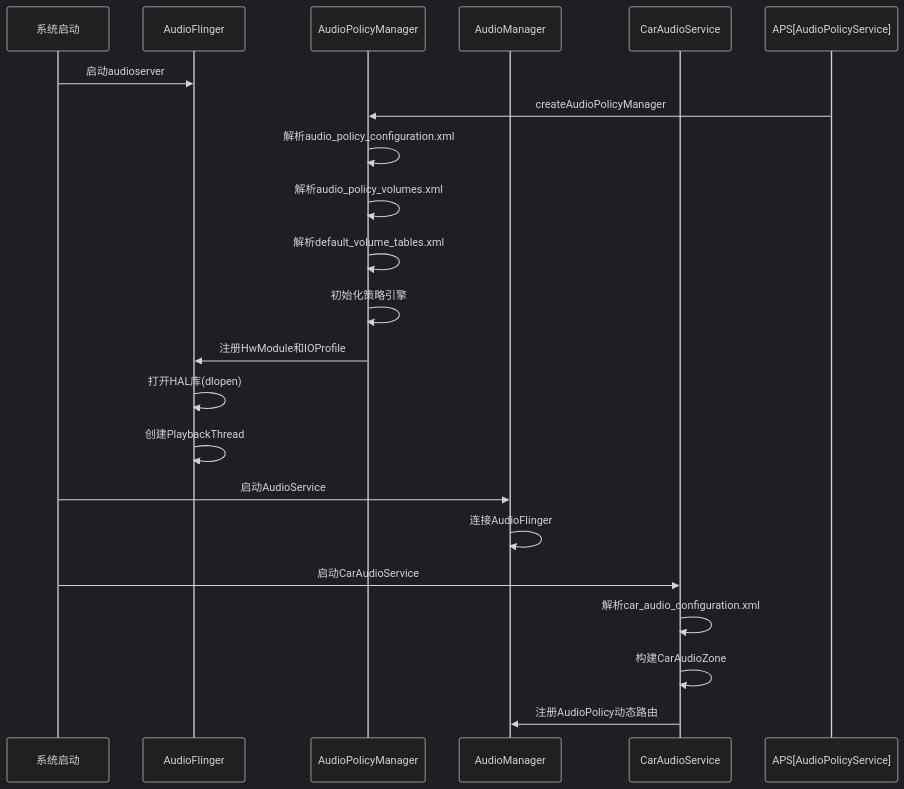
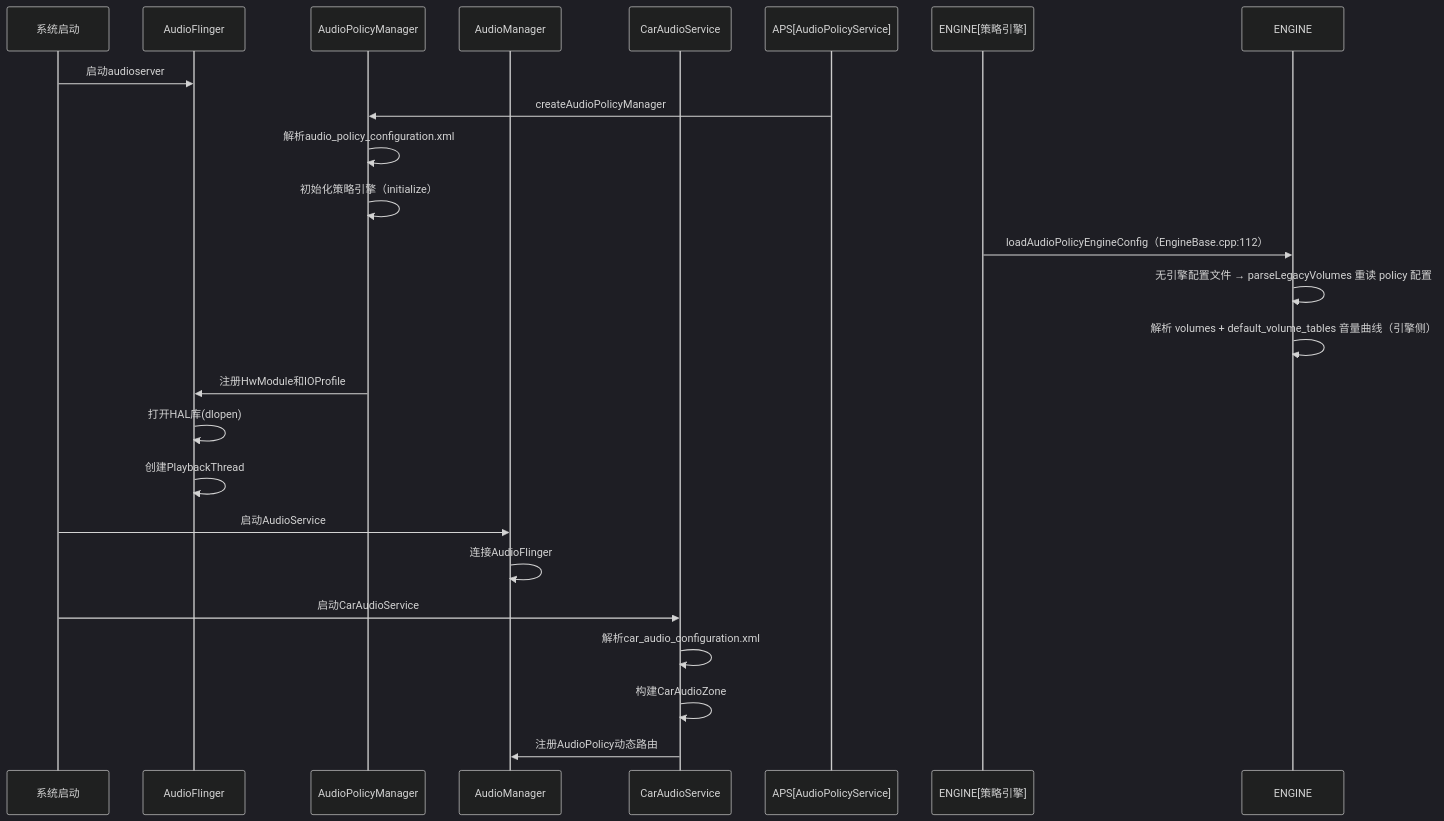
One commit to yanglinzhen1022/SA8295_AAOS_QNX_Audio_KnowledgeBase changed the fourth of 4 diagrams in 11_Vendor_Layer/11_11.6_配置解析流程.md. Above: the diagram before and after it, drawn with Mermaid (dark theme). The commit also changed other lines of this file and 10 other files, not shown here.

````diff
--- a/11_Vendor_Layer/11_11.6_配置解析流程.md
+++ b/11_Vendor_Layer/11_11.6_配置解析流程.md
@@ -224,26 +224,27 @@
 ```mermaid
 sequenceDiagram
     participant Init as 系统启动
     participant AF as AudioFlinger
     participant APM as AudioPolicyManager
     participant AM as AudioManager
     participant CAS as CarAudioService
 
     Init->>AF: 启动audioserver
     APS[AudioPolicyService] ->>APM: createAudioPolicyManager
     APM->>APM: 解析audio_policy_configuration.xml
-    APM->>APM: 解析audio_policy_volumes.xml
-    APM->>APM: 解析default_volume_tables.xml
-    APM->>APM: 初始化策略引擎
+    APM->>APM: 初始化策略引擎（initialize）
+    ENGINE[策略引擎] ->>ENGINE: loadAudioPolicyEngineConfig（EngineBase.cpp:112）
+    ENGINE->>ENGINE: 无引擎配置文件 → parseLegacyVolumes 重读 policy 配置
+    ENGINE->>ENGINE: 解析 volumes + default_volume_tables 音量曲线（引擎侧）
     APM->>AF: 注册HwModule和IOProfile
     AF->>AF: 打开HAL库(dlopen)
     AF->>AF: 创建PlaybackThread
 
     Init->>AM: 启动AudioService
     AM->>AM: 连接AudioFlinger
 
     Init->>CAS: 启动CarAudioService
     CAS->>CAS: 解析car_audio_configuration.xml
     CAS->>CAS: 构建CarAudioZone
     CAS->>AM: 注册AudioPolicy动态路由
 ```
````
